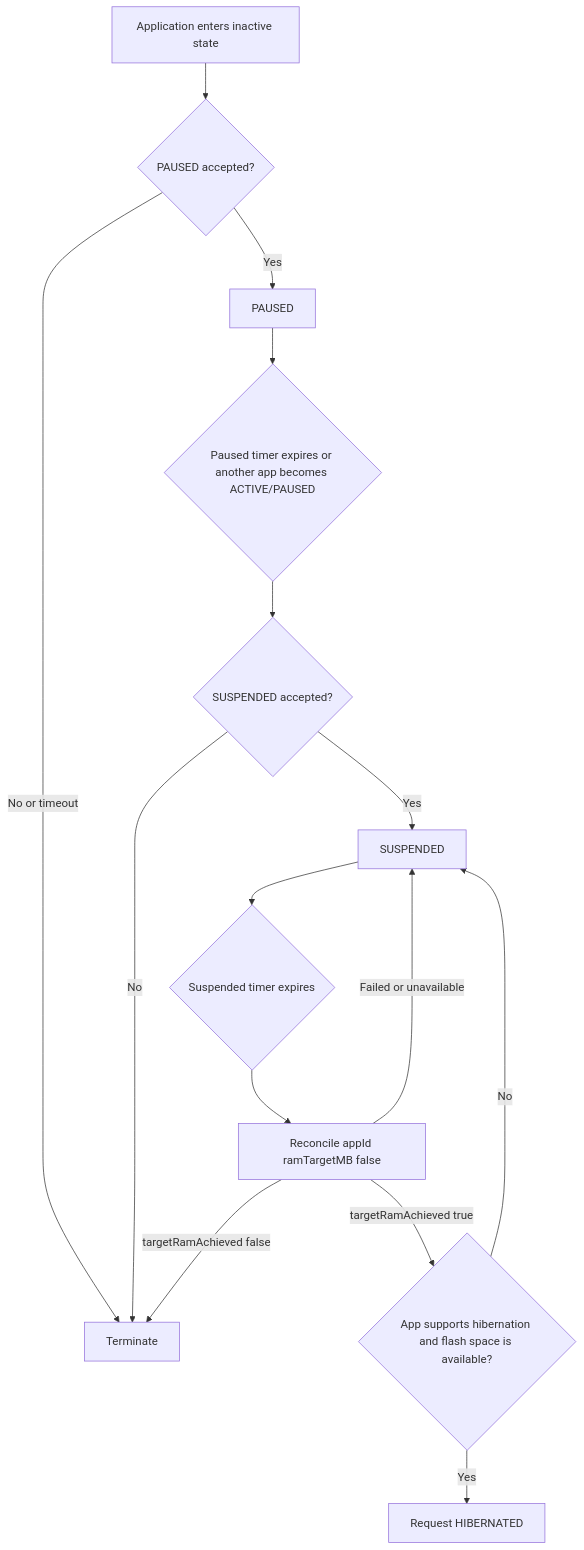
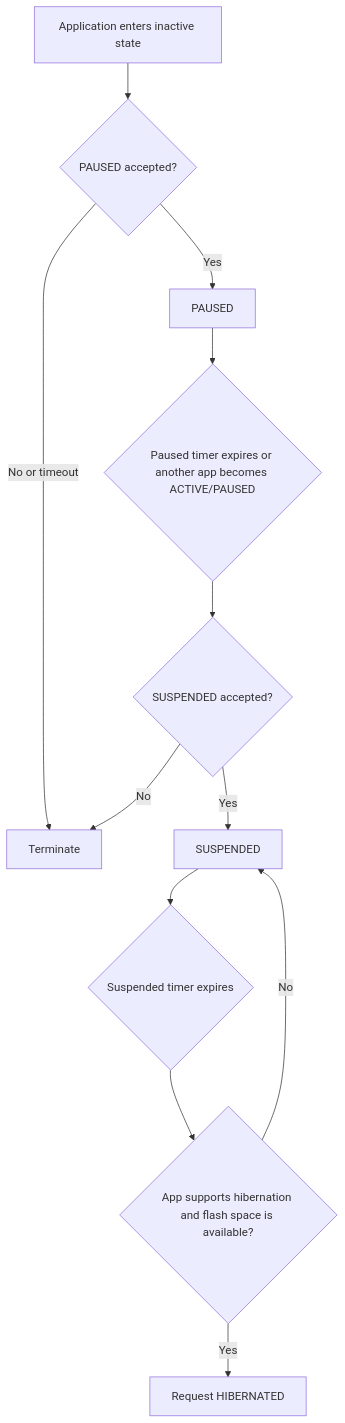
The third of 3 diagrams in AppManager/ResourceMonitoring.md (rdkcentral/entservices-appmanagers), drawn with Mermaid before and after one commit. The commit also changed other lines of this file and 3 other files, not shown here.

````diff
--- a/AppManager/ResourceMonitoring.md
+++ b/AppManager/ResourceMonitoring.md
@@ -144,17 +147,14 @@
 ```mermaid
 flowchart TD
     I[Application enters inactive state] --> P{PAUSED accepted?}
     P -- No or timeout --> T[Terminate]
     P -- Yes --> PS[PAUSED]
     PS --> E{Paused timer expires or another app becomes ACTIVE/PAUSED}
     E --> S{SUSPENDED accepted?}
     S -- No --> T
     S -- Yes --> SS[SUSPENDED]
     SS --> H{Suspended timer expires}
-    H --> R[Reconcile appId ramTargetMB false]
-    R -- Failed or unavailable --> SS
-    R -- targetRamAchieved false --> T
-    R -- targetRamAchieved true --> C{App supports hibernation and flash space is available?}
+    H --> C{App supports hibernation and flash space is available?}
     C -- No --> SS
     C -- Yes --> HH[Request HIBERNATED]
 ```
````
